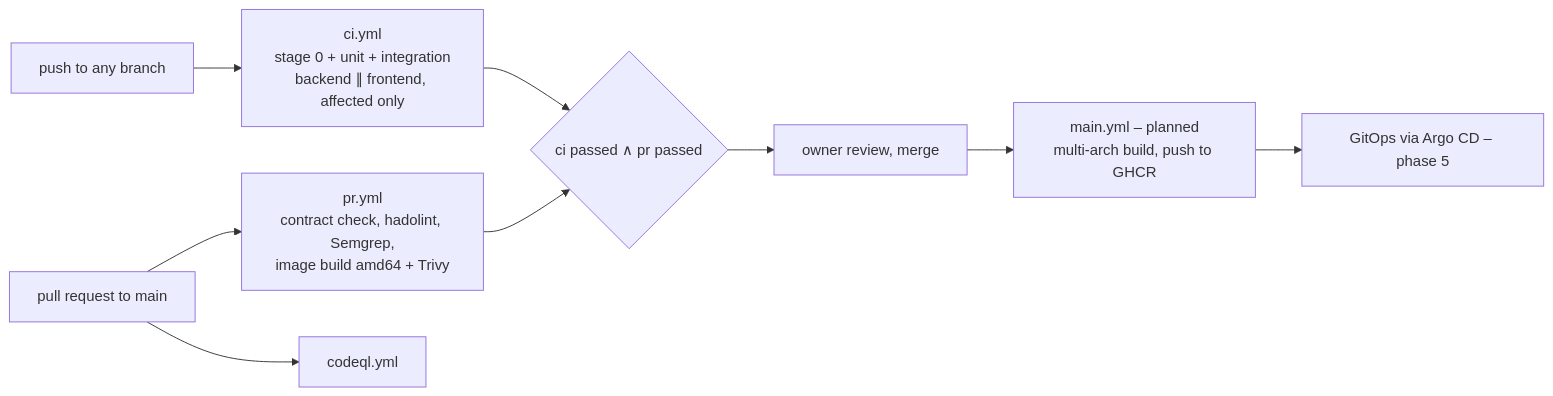
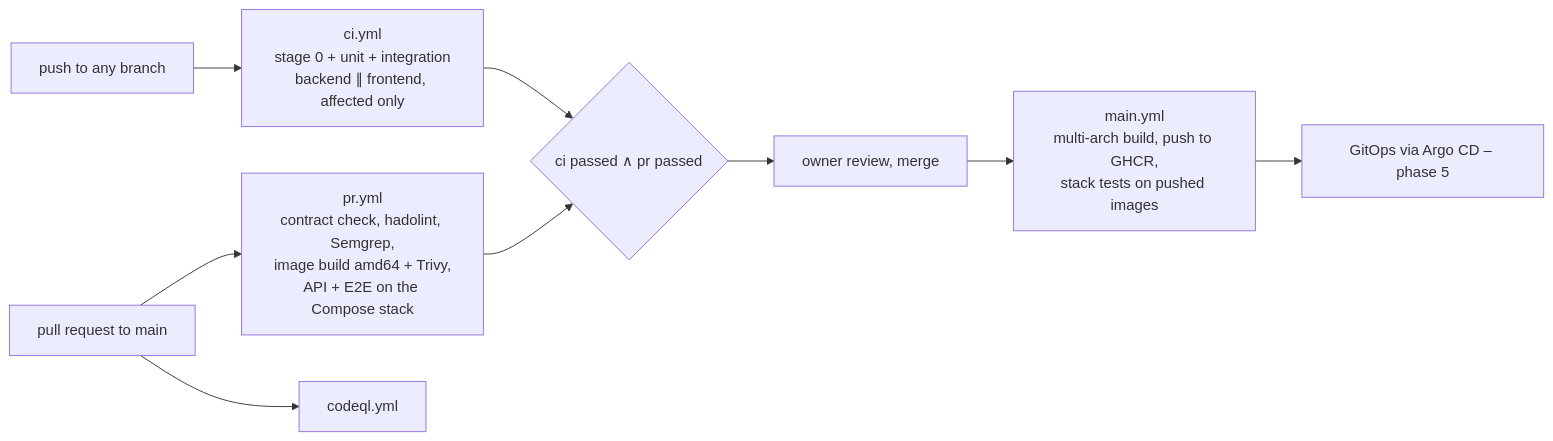
Before and after one commit to marcominervinidev/live-factcheck: the second of 2 diagrams in docs/architecture.md, drawn with Mermaid. The commit also changed other lines of this file and 1 other file, not shown here.

Commit message:
docs: complete README (testing, certificates, iPhone, tunnel, API keys) and architecture

````diff
--- a/docs/architecture.md
+++ b/docs/architecture.md
@@ -99,11 +99,11 @@
 ```mermaid
 flowchart LR
   push[push to any branch] --> ci[ci.yml<br/>stage 0 + unit + integration<br/>backend ∥ frontend, affected only]
-  pr[pull request to main] --> prw[pr.yml<br/>contract check, hadolint, Semgrep,<br/>image build amd64 + Trivy]
+  pr[pull request to main] --> prw[pr.yml<br/>contract check, hadolint, Semgrep,<br/>image build amd64 + Trivy,<br/>API + E2E on the Compose stack]
   pr --> codeql[codeql.yml]
   ci --> gate{ci passed ∧ pr passed}
   prw --> gate
   gate --> review[owner review, merge]
-  review --> main[main.yml – planned<br/>multi-arch build, push to GHCR]
+  review --> main[main.yml<br/>multi-arch build, push to GHCR,<br/>stack tests on pushed images]
   main --> gitops[GitOps via Argo CD – phase 5]
 ```
````
